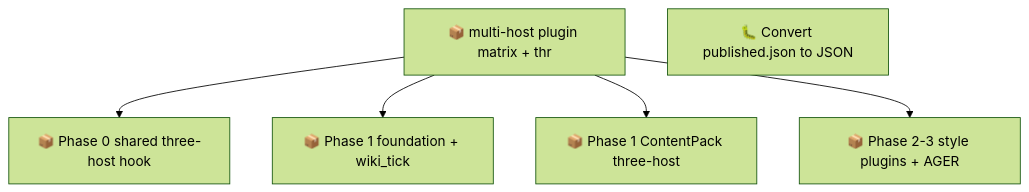
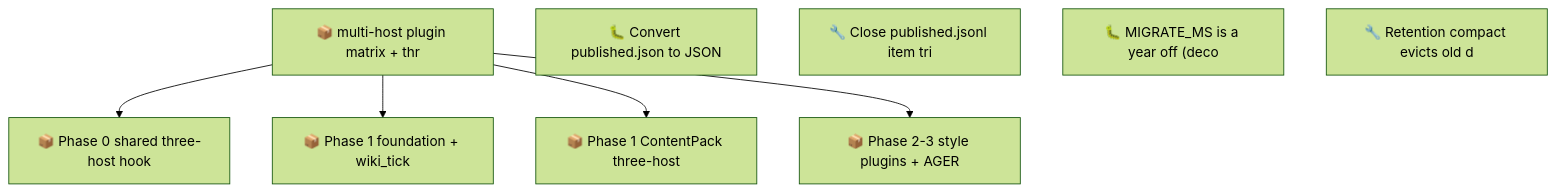
The second of 2 diagrams in docs/roadmap.md (SpillwaveSolutions/wiki_ticket_sdd), drawn with Mermaid (forest theme) before and after one commit. The commit also changed other lines of this file and 20 other files, not shown here.

````diff
--- a/docs/roadmap.md
+++ b/docs/roadmap.md
@@ -69,13 +91,16 @@
 ```mermaid
 graph TD
     01M0KCDKJRAZYMWDD9PFGHC6XY["📦 multi-host plugin matrix + thr"]
     01M0KCDV5GP8BMZT142MMAPAG7["📦 Phase 0 shared three-host hook"]
     01M0KCDV7AQEQ61TA2MYN3M5C3["📦 Phase 1 foundation + wiki_tick"]
     01M0KCDV94P4YPBXJXQZNNGQTM["📦 Phase 1 ContentPack three-host"]
     01M0KCDVAYS67SPN8FHAYY4DWX["📦 Phase 2-3 style plugins + AGER"]
     01M18QBM233GRTVR7JRXSVNK66["🐛 Convert published.json to JSON"]
+    01M19XRRTTWDBN0SRGDZ1VN35G["🔧 Close published.jsonl item tri"]
+    01M19XRRWXHM72JBY29FQRRMEJ["🐛 MIGRATE_MS is a year off (deco"]
+    01M19XRRZ2894K7XE59RX1EAY1["🔧 Retention compact evicts old d"]
     01M0KCDKJRAZYMWDD9PFGHC6XY --> 01M0KCDV5GP8BMZT142MMAPAG7
     01M0KCDKJRAZYMWDD9PFGHC6XY --> 01M0KCDV7AQEQ61TA2MYN3M5C3
     01M0KCDKJRAZYMWDD9PFGHC6XY --> 01M0KCDV94P4YPBXJXQZNNGQTM
     01M0KCDKJRAZYMWDD9PFGHC6XY --> 01M0KCDVAYS67SPN8FHAYY4DWX
 ```
````
